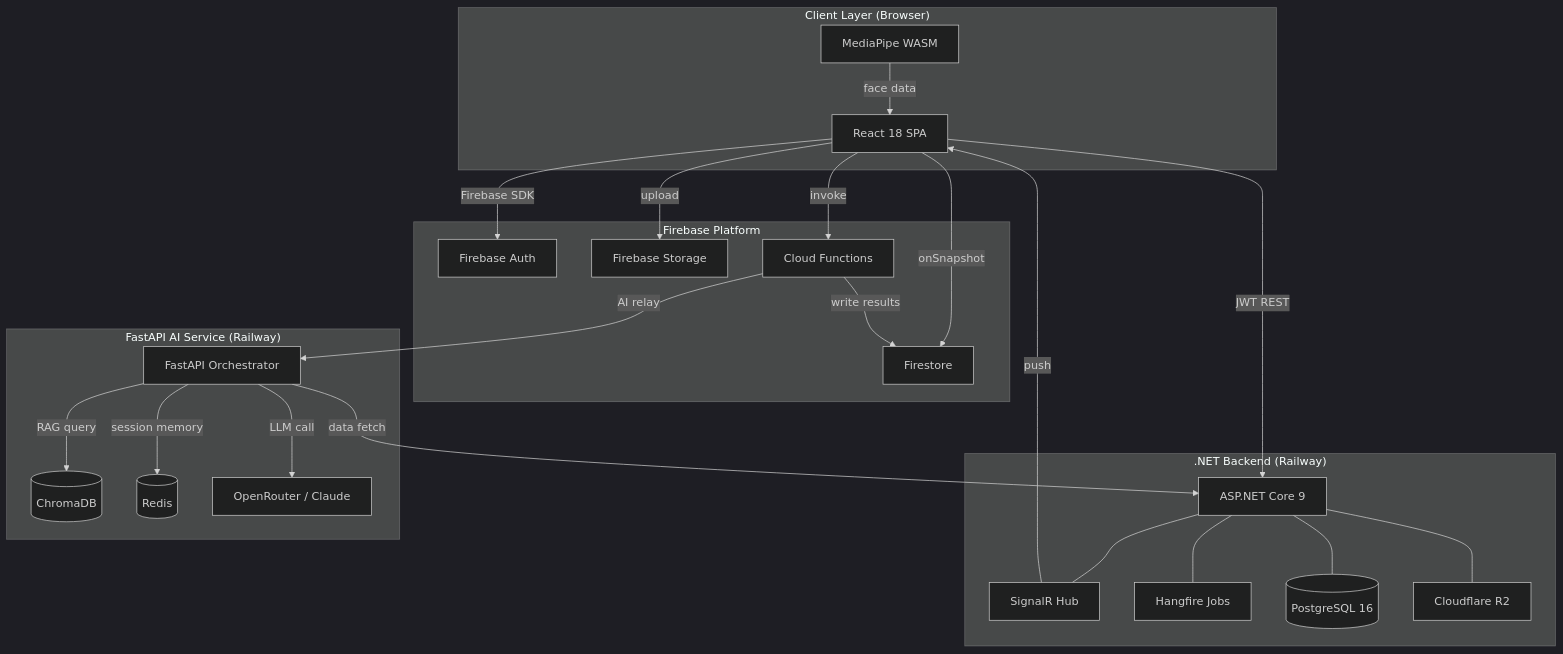
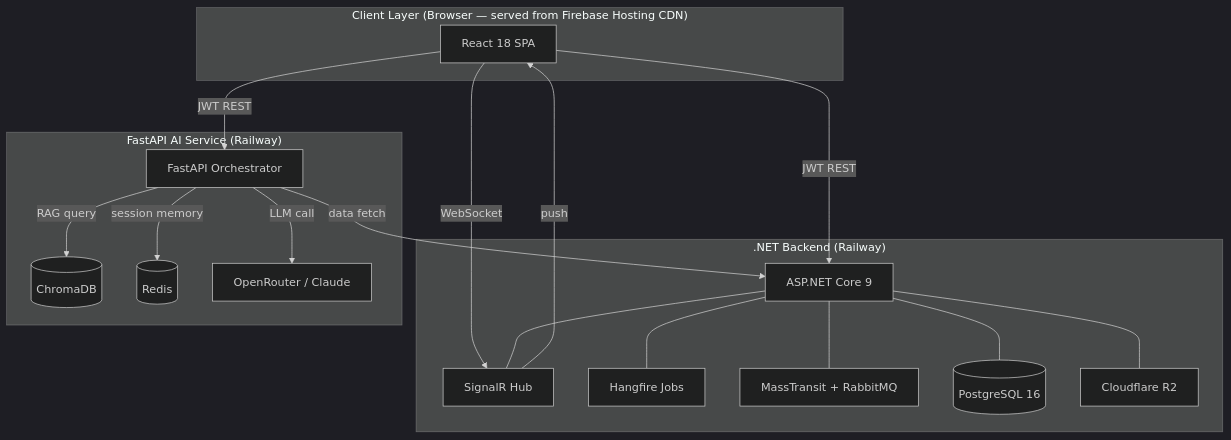
Before and after one commit to Mohamedmahmoud148/UniversityManagementSystem: the diagram in Project-Documentation/33-System-Design/01_HIGH_LEVEL_ARCHITECTURE.md, drawn with Mermaid (dark theme). The commit also changed other lines of this file and 5 other files, not shown here.

First line of the commit message:
docs: remove Firebase backend from system design — hosting only

````diff
--- a/Project-Documentation/33-System-Design/01_HIGH_LEVEL_ARCHITECTURE.md
+++ b/Project-Documentation/33-System-Design/01_HIGH_LEVEL_ARCHITECTURE.md
@@ -172,51 +165,39 @@
 ```mermaid
 graph TD
-    subgraph Client["Client Layer (Browser)"]
+    subgraph Client["Client Layer (Browser — served from Firebase Hosting CDN)"]
         REACT[React 18 SPA]
-        MEDIAPIPE[MediaPipe WASM]
-    end
-
-    subgraph Firebase["Firebase Platform"]
-        FAUTH[Firebase Auth]
-        FSTORE[Firestore]
-        FSTORAGE[Firebase Storage]
-        FFUNC[Cloud Functions]
     end
 
     subgraph Backend[".NET Backend (Railway)"]
         DOTNET[ASP.NET Core 9]
         SIGNALR[SignalR Hub]
         HANGFIRE[Hangfire Jobs]
+        MQ[MassTransit + RabbitMQ]
         PG[(PostgreSQL 16)]
         R2[Cloudflare R2]
     end
 
     subgraph AI["FastAPI AI Service (Railway)"]
         FASTAPI[FastAPI Orchestrator]
         CHROMA[(ChromaDB)]
         REDIS[(Redis)]
         OR[OpenRouter / Claude]
     end
 
     REACT -->|JWT REST| DOTNET
-    REACT -->|Firebase SDK| FAUTH
-    REACT -->|onSnapshot| FSTORE
-    REACT -->|upload| FSTORAGE
-    REACT -->|invoke| FFUNC
-    MEDIAPIPE -->|face data| REACT
-
-    FFUNC -->|AI relay| FASTAPI
-    FFUNC -->|write results| FSTORE
+    REACT -->|JWT REST| FASTAPI
+    REACT -->|WebSocket| SIGNALR
 
     DOTNET --- PG
     DOTNET --- R2
     DOTNET --- SIGNALR
     DOTNET --- HANGFIRE
+    DOTNET --- MQ
 
     FASTAPI -->|RAG query| CHROMA
     FASTAPI -->|session memory| REDIS
     FASTAPI -->|LLM call| OR
     FASTAPI -->|data fetch| DOTNET
 
     SIGNALR -->|push| REACT
 ```
````
